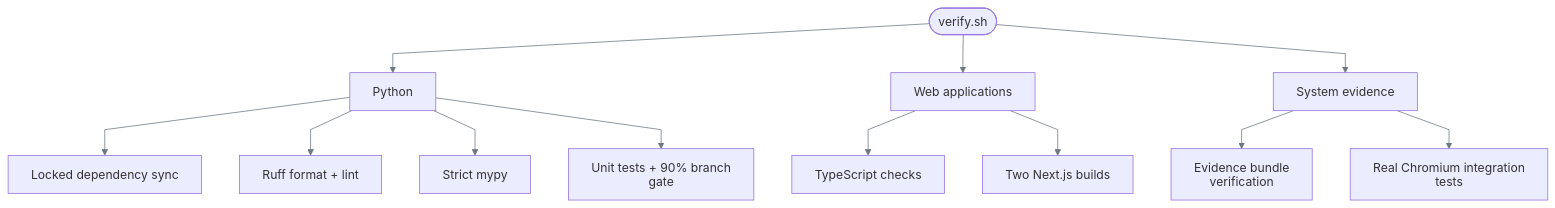
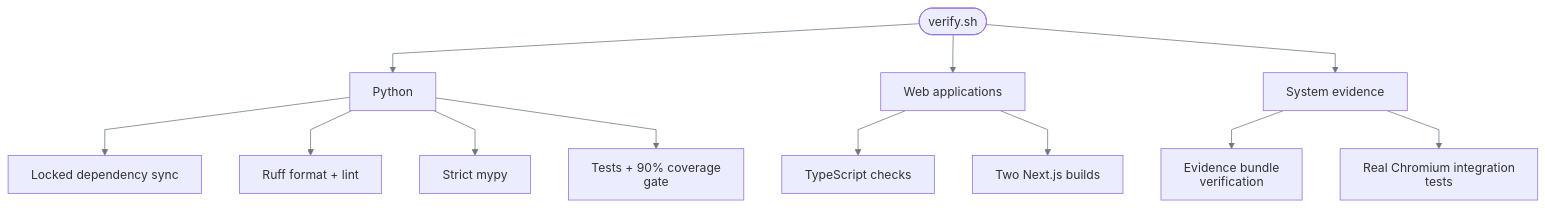
One commit to SivaTSS/replay-forge changed the diagram in docs/verification.md. Above: the diagram before and after it, drawn with Mermaid. The commit also changed other lines of this file and 6 other files, not shown here.

````diff
--- a/docs/verification.md
+++ b/docs/verification.md
@@ -9,17 +9,17 @@
 ```mermaid
 %%{init: {"htmlLabels":false,"themeVariables":{"lineColor":"#6E7781","signalColor":"#6E7781"},"flowchart":{"curve":"linear"},"sequence":{"wrap":true}}}%%
 flowchart TB
     V([verify.sh]) --> PY[Python]
     V --> WEB[Web applications]
     V --> SYS[System evidence]
 
     PY --> D[Locked dependency sync]
     PY --> F[Ruff format + lint]
     PY --> M[Strict mypy]
-    PY --> U[Unit tests + 90% branch gate]
+    PY --> U[Tests + 90% coverage gate]
     WEB --> T[TypeScript checks]
     WEB --> B[Two Next.js builds]
     SYS --> E[Evidence bundle verification]
     SYS --> I[Real Chromium integration tests]
 
 ```
````
